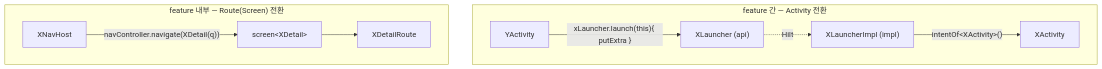
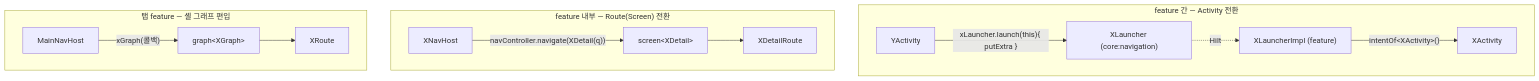
The diagram in docs/architecture/feature-navigation.md (mash-up-kr/Team-MINO-Android), drawn with Mermaid before and after one commit. The commit also changed other lines of this file and 20 other files, not shown here.

First line of the commit message:
docs: 단일 feature 모듈·탭 그래프 규약 반영

````diff
--- a/docs/architecture/feature-navigation.md
+++ b/docs/architecture/feature-navigation.md
@@ -11,14 +11,19 @@
 ```mermaid
 flowchart TD
     subgraph A["feature 간 — Activity 전환"]
         direction LR
-        caller["YActivity"] -- "xLauncher.launch(this){ putExtra }" --> xl["XLauncher (api)"]
-        xl -. Hilt .-> xli["XLauncherImpl (impl)"]
+        caller["YActivity"] -- "xLauncher.launch(this){ putExtra }" --> xl["XLauncher (core:navigation)"]
+        xl -. Hilt .-> xli["XLauncherImpl (feature)"]
         xli -- "intentOf&lt;XActivity&gt;()" --> target["XActivity"]
     end
     subgraph B["feature 내부 — Route(Screen) 전환"]
         direction LR
         host["XNavHost"] -- "navController.navigate(XDetail(q))" --> dest["screen&lt;XDetail&gt;"]
         dest --> droute["XDetailRoute"]
     end
+    subgraph C["탭 feature — 셸 그래프 편입"]
+        direction LR
+        shell["MainNavHost"] -- "xGraph(콜백)" --> g["graph&lt;XGraph&gt;"]
+        g --> xroute["XRoute"]
+    end
 ```
````
